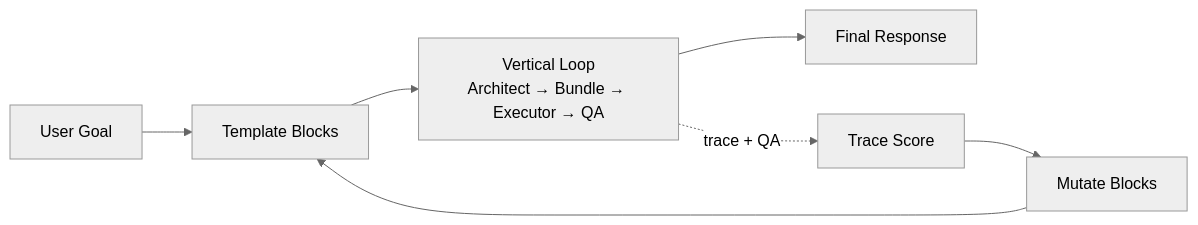
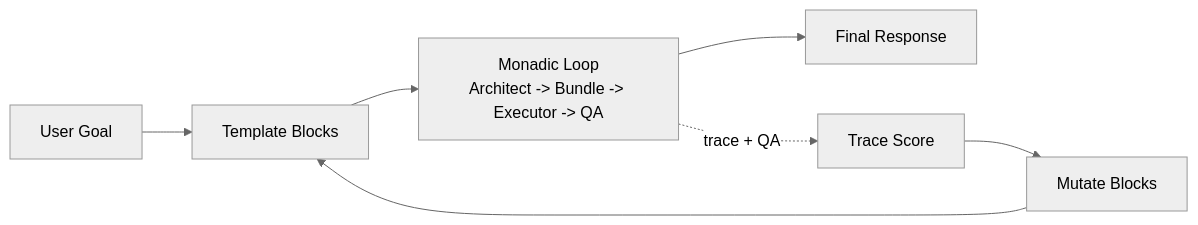
The diagram in FLOW_OF_INFORMATION.md (GabrielBarberini/meta-prompting-protocol), drawn with Mermaid (neutral theme) before and after one commit. The commit also changed other lines of this file and 2 other files, not shown here.

````diff
--- a/FLOW_OF_INFORMATION.md
+++ b/FLOW_OF_INFORMATION.md
@@ -63,9 +65,9 @@
 ```mermaid
 flowchart LR
   U[User Goal] --> T[Template Blocks]
-  T --> V["Vertical Loop\nArchitect → Bundle → Executor → QA"]
+  T --> V["Monadic Loop<br>Architect -> Bundle -> Executor -> QA"]
   V --> R[Final Response]
   V -. "trace + QA" .-> S[Trace Score]
   S --> M[Mutate Blocks]
   M --> T
 ```
````
